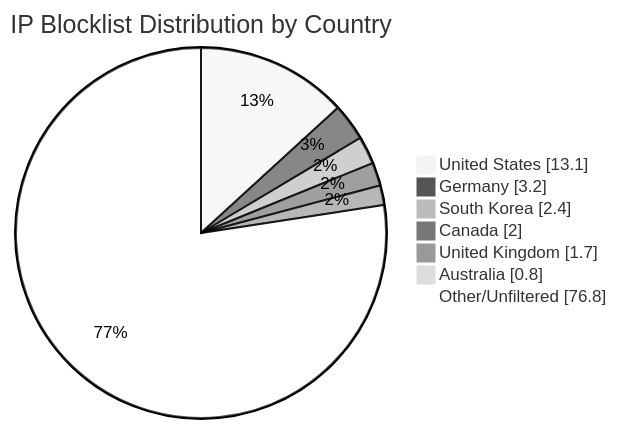
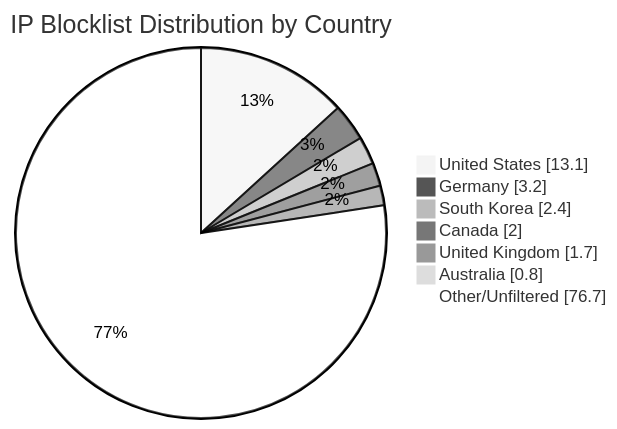
Before and after one commit to MarcusHoltz/ipblocklist-geofiltered-aggregator: the diagram in README.md, drawn with Mermaid (neutral theme). The commit also changed other lines of this file and 9 other files, not shown here.

````diff
--- a/README.md
+++ b/README.md
@@ -34,10 +34,10 @@
 ```mermaid
 pie showData title IP Blocklist Distribution by Country
 "United States" : 13.1
 "Germany" : 3.2
 "South Korea" : 2.4
 "Canada" : 2.0
 "United Kingdom" : 1.7
 "Australia" : 0.8
-"Other/Unfiltered" : 76.8
+"Other/Unfiltered" : 76.7
 ```
````
